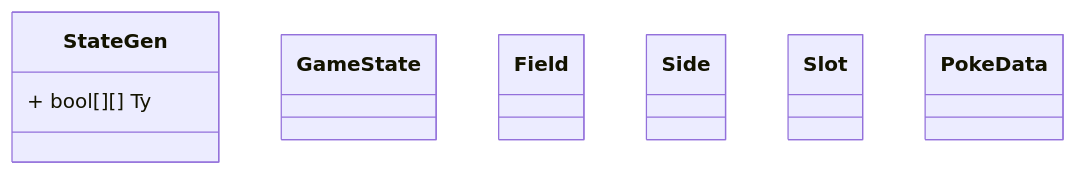
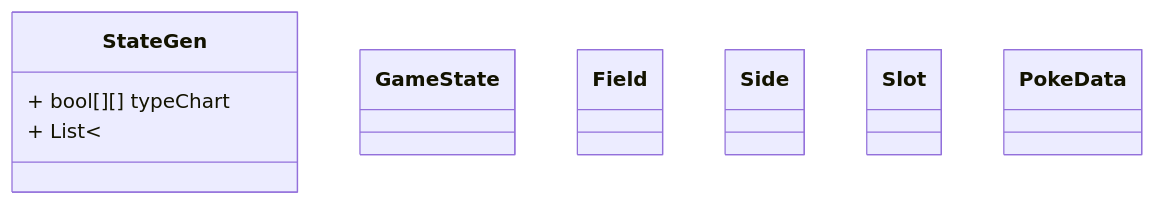
One commit to UtaSzane/iodraw-files changed the diagram in all/Untitled.md. Above: the diagram before and after it, drawn with Mermaid.

Commit message:
2026-06-07 23:25:26 update

````diff
--- a/all/Untitled.md
+++ b/all/Untitled.md
@@ -1,21 +1,22 @@
 ```mermaid
 classDiagram
     class StateGen {
-        + bool[][] Ty
+        + bool[][] typeChart
+        + List<
     }  
     class GameState {
 
     }
     class Field {
 
     }
     class Side {
 
     }
     class Slot {
 
     }
     class PokeData {
 
     }
 ```
````
